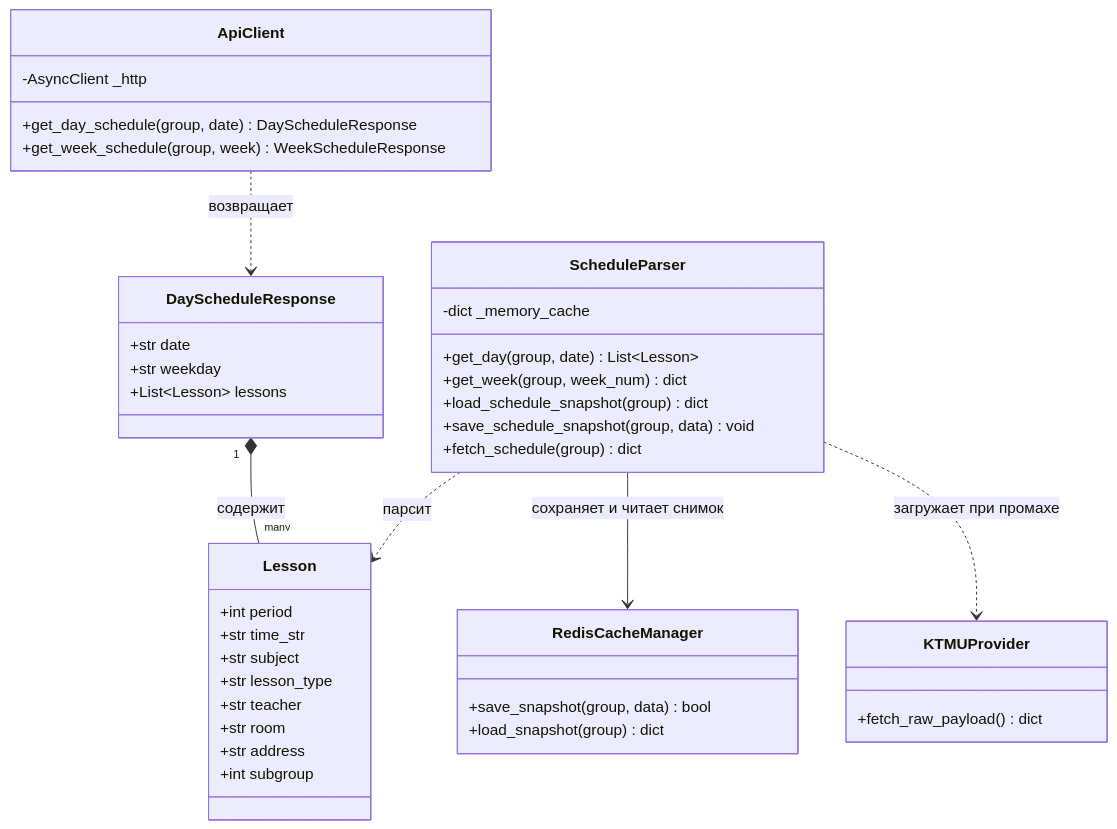
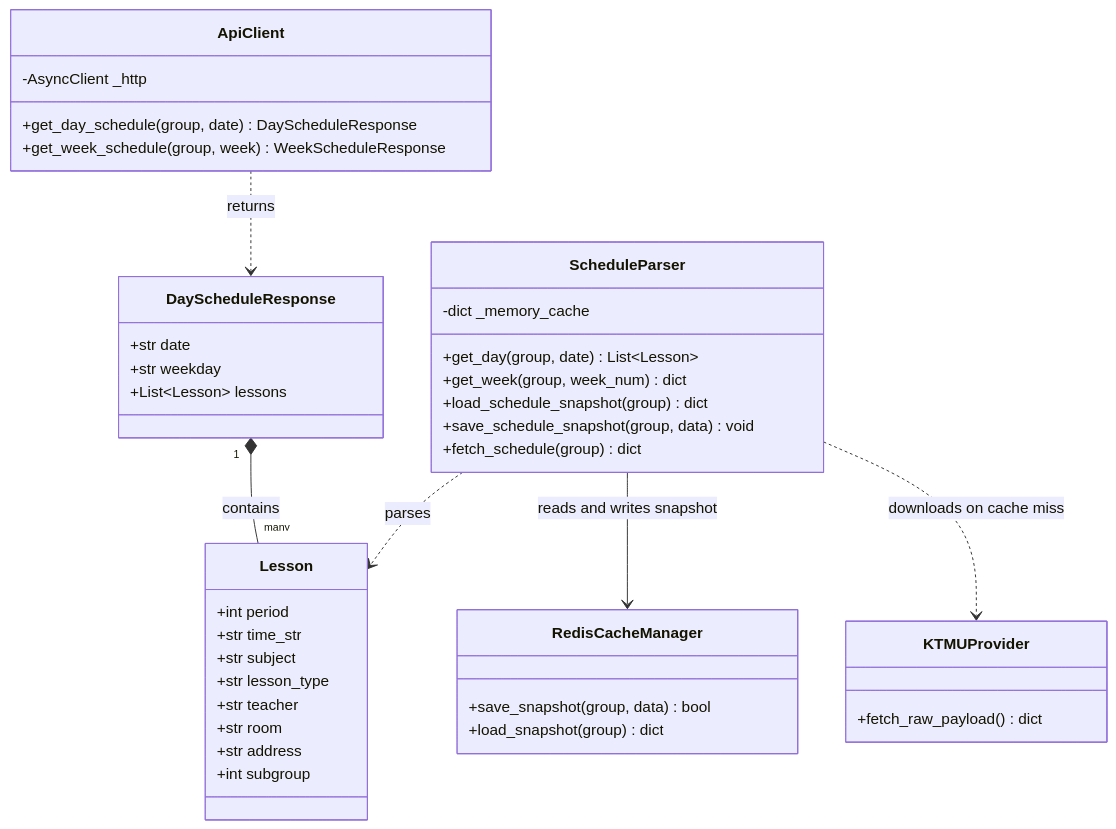
Before and after one commit to Utkautka1/para: the third of 7 diagrams in docs/UML.md, drawn with Mermaid. The commit also changed other lines of this file, not shown here.

Commit message:
docs: перевести UML.md и связи диаграмм на английский язык

````diff
--- a/docs/UML.md
+++ b/docs/UML.md
@@ -241,51 +241,51 @@
 ```mermaid
 classDiagram
     direction TB
 
     class DayScheduleResponse {
         +str date
         +str weekday
         +List~Lesson~ lessons
     }
 
     class Lesson {
         +int period
         +str time_str
         +str subject
         +str lesson_type
         +str teacher
         +str room
         +str address
         +int subgroup
     }
 
     class ScheduleParser {
         -dict _memory_cache
         +get_day(group, date) List~Lesson~
         +get_week(group, week_num) dict
         +load_schedule_snapshot(group) dict
         +save_schedule_snapshot(group, data) void
         +fetch_schedule(group) dict
     }
 
     class RedisCacheManager {
         +save_snapshot(group, data) bool
         +load_snapshot(group) dict
     }
 
     class ApiClient {
         -AsyncClient _http
         +get_day_schedule(group, date) DayScheduleResponse
         +get_week_schedule(group, week) WeekScheduleResponse
     }
 
     class KTMUProvider {
         +fetch_raw_payload() dict
     }
 
-    DayScheduleResponse "1" *-- "many" Lesson : содержит
-    ApiClient ..> DayScheduleResponse : возвращает
-    ScheduleParser ..> Lesson : парсит
-    ScheduleParser --> RedisCacheManager : сохраняет и читает снимок
-    ScheduleParser ..> KTMUProvider : загружает при промахе
+    DayScheduleResponse "1" *-- "many" Lesson : contains
+    ApiClient ..> DayScheduleResponse : returns
+    ScheduleParser ..> Lesson : parses
+    ScheduleParser --> RedisCacheManager : reads and writes snapshot
+    ScheduleParser ..> KTMUProvider : downloads on cache miss
 ```
````
